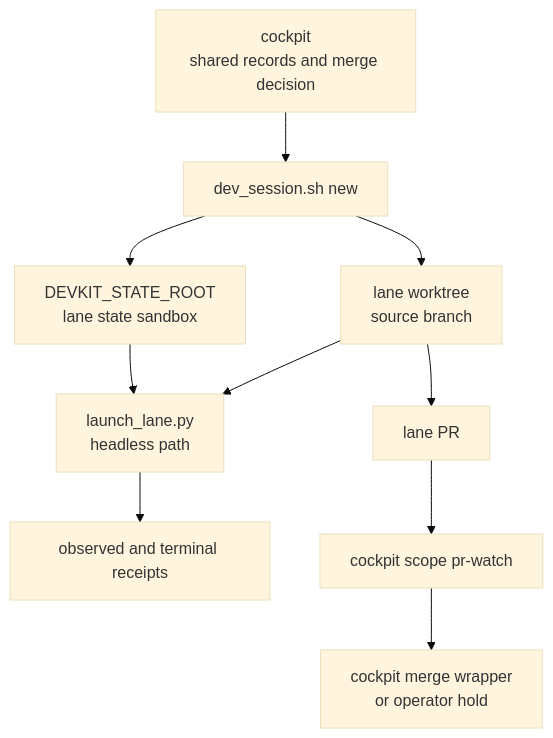
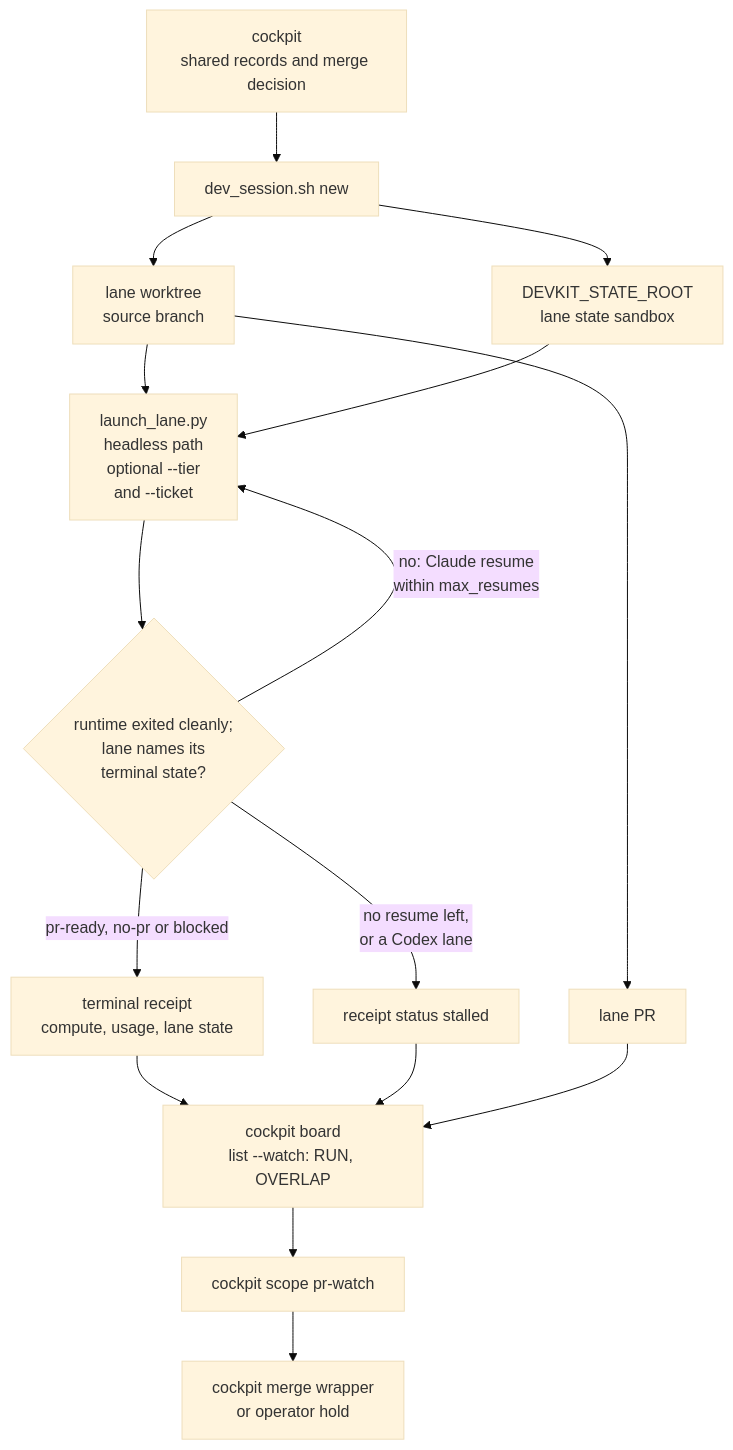
The fourth of 6 diagrams in docs/architecture.md (topij/agentic-dev-kit), drawn with Mermaid (base theme) before and after one commit. The commit also changed other lines of this file and 6 other files, not shown here.

First line of the commit message:
docs: bring reader guides and diagrams up to date with recent lane, review and cleanup work

````diff
--- a/docs/architecture.md
+++ b/docs/architecture.md
@@ -167,12 +182,18 @@
 ```mermaid
 flowchart TB
     Cockpit["cockpit<br/>shared records and merge decision"] --> Issuer["dev_session.sh new"]
     Issuer --> Worktree["lane worktree<br/>source branch"]
     Issuer --> Sandbox["DEVKIT_STATE_ROOT<br/>lane state sandbox"]
-    Worktree --> Launcher["launch_lane.py<br/>headless path"]
+    Worktree --> Launcher["launch_lane.py<br/>headless path<br/>optional --tier<br/>and --ticket"]
     Sandbox --> Launcher
-    Launcher --> Receipt["observed and terminal receipts"]
+    Launcher --> Terminal{"runtime exited cleanly;<br/>lane names its<br/>terminal state?"}
+    Terminal -->|"pr-ready, no-pr or blocked"| Receipt["terminal receipt<br/>compute, usage, lane state"]
+    Terminal -->|"no: Claude resume<br/>within max_resumes"| Launcher
+    Terminal -->|"no resume left,<br/>or a Codex lane"| Stalled["receipt status stalled"]
     Worktree --> PR["lane PR"]
-    PR --> Watch["cockpit scope pr-watch"]
+    Receipt --> Board["cockpit board<br/>list --watch: RUN, OVERLAP"]
+    Stalled --> Board
+    PR --> Board
+    Board --> Watch["cockpit scope pr-watch"]
     Watch --> Merge["cockpit merge wrapper<br/>or operator hold"]
 ```
````
